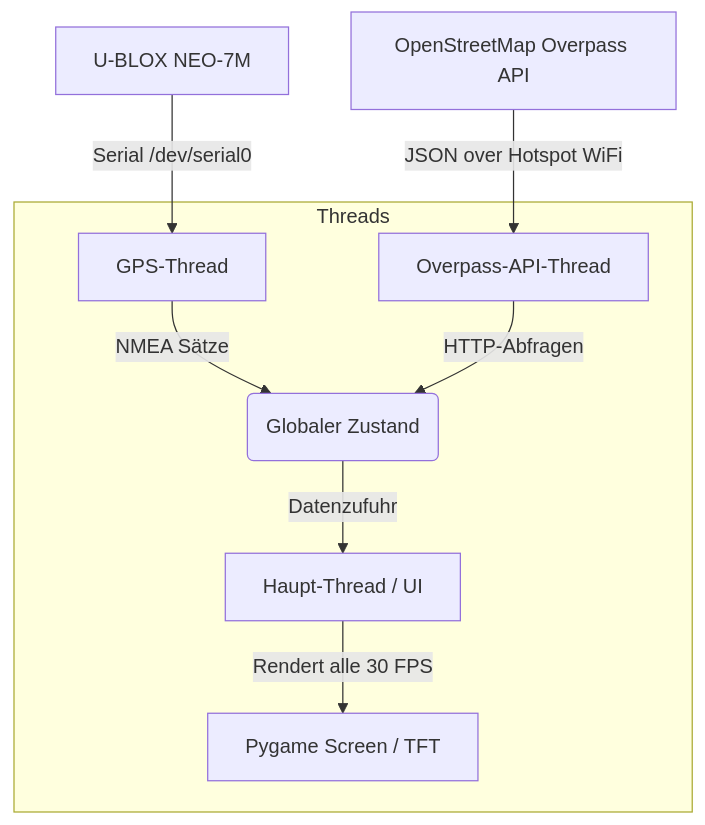
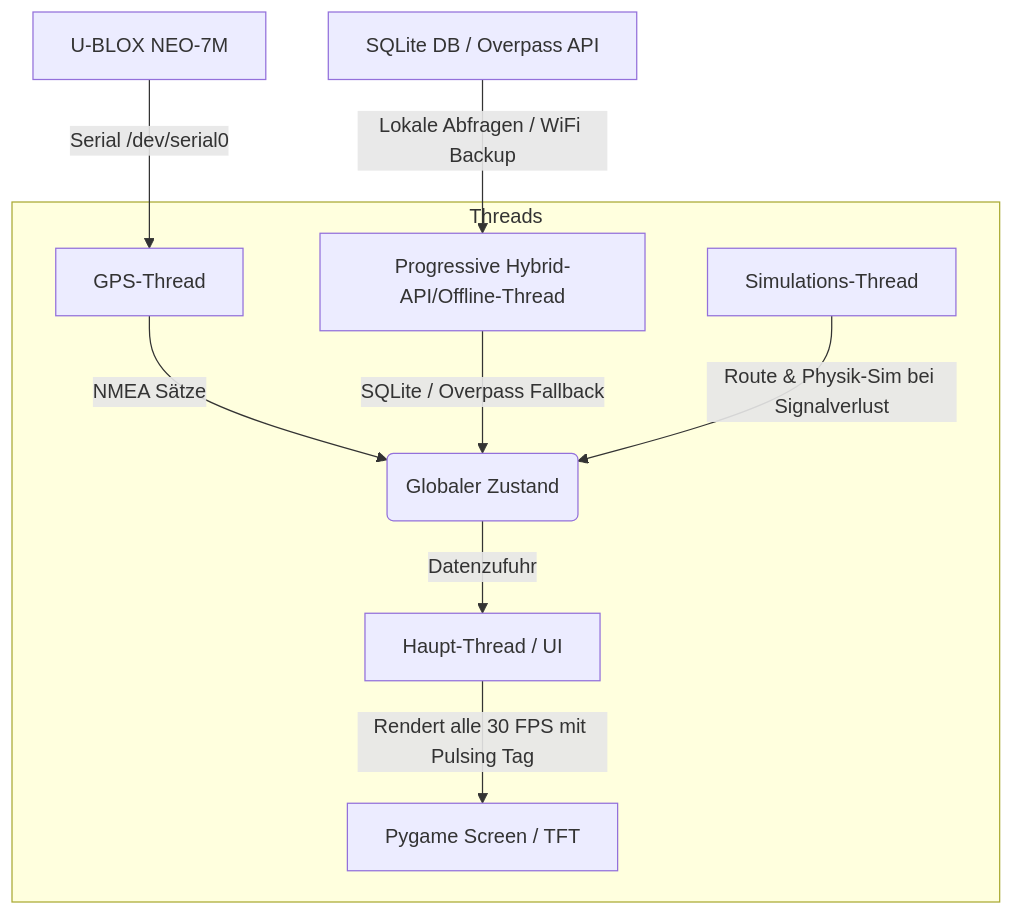
One commit to nilsgollub/EvansDashboard changed the diagram in README.md. Above: the diagram before and after it, drawn with Mermaid. The commit also changed other lines of this file and 6 other files, not shown here.

Commit message:
feat: Add progressive offline-first engine, auto-GPS simulation, and dynamic status UI tag

````diff
--- a/README.md
+++ b/README.md
@@ -50,12 +61,13 @@
 ```mermaid
 graph TD
     subgraph Threads
         A[GPS-Thread] -- NMEA Sätze --> C(Globaler Zustand)
-        B[Overpass-API-Thread] -- HTTP-Abfragen --> C
-        D[Haupt-Thread / UI] -- Rendert alle 30 FPS --> E[Pygame Screen / TFT]
+        B[Progressive Hybrid-API/Offline-Thread] -- SQLite / Overpass Fallback --> C
+        S[Simulations-Thread] -- Route & Physik-Sim bei Signalverlust --> C
+        D[Haupt-Thread / UI] -- Rendert alle 30 FPS mit Pulsing Tag --> E[Pygame Screen / TFT]
     end
     
     U[U-BLOX NEO-7M] -- Serial /dev/serial0 --> A
-    OSM[OpenStreetMap Overpass API] -- JSON over Hotspot WiFi --> B
+    OSM[SQLite DB / Overpass API] -- Lokale Abfragen / WiFi Backup --> B
     C -- Datenzufuhr --> D
 ```
````
